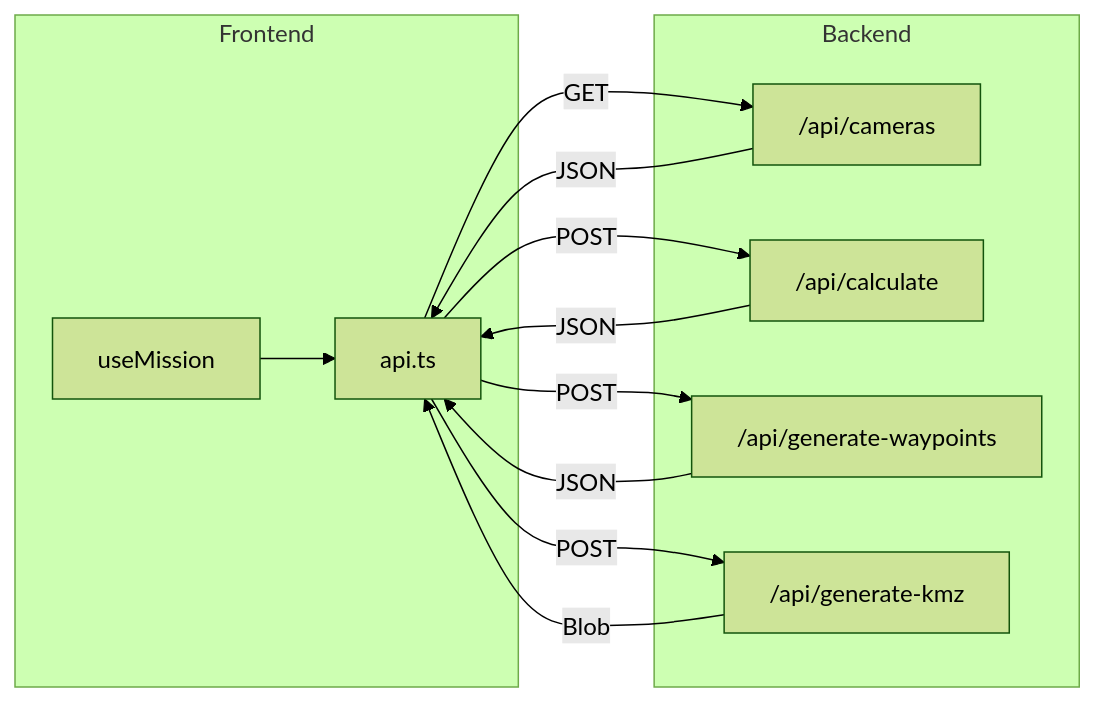
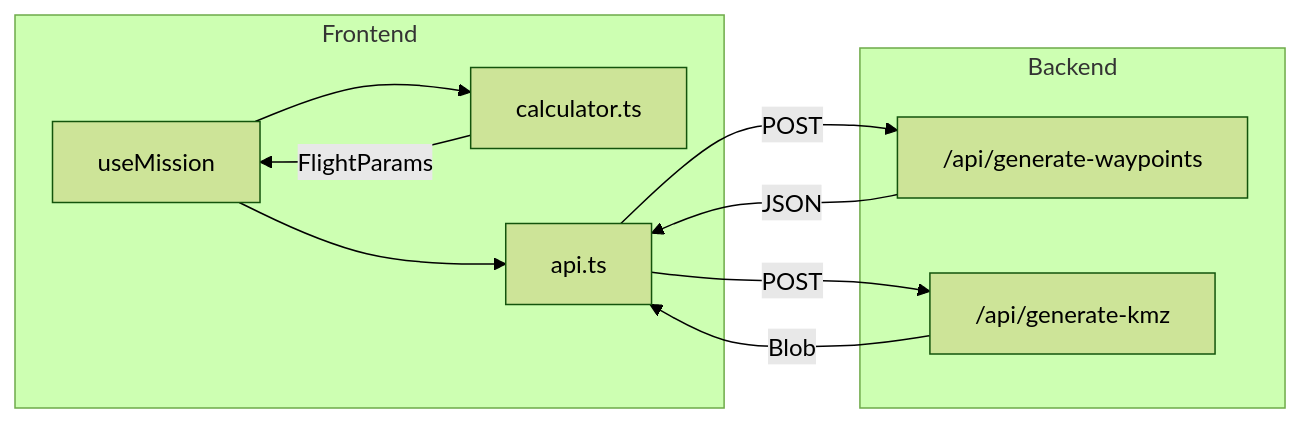
Diagram 16 of 20 in geoflight/README.md (geoai-latam/WaypointsDJI), drawn with Mermaid (forest theme) before and after one commit. The commit also changed other lines of this file and 2 other files, not shown here.

````diff
--- a/geoflight/README.md
+++ b/geoflight/README.md
@@ -799,25 +818,22 @@
 ```mermaid
 flowchart LR
     subgraph Frontend
         HOOK[useMission]
+        CALC[calculator.ts]
         API[api.ts]
     end
 
     subgraph Backend
-        EP1["/api/cameras"]
-        EP2["/api/calculate"]
         EP3["/api/generate-waypoints"]
         EP4["/api/generate-kmz"]
     end
 
+    HOOK --> CALC
+    CALC -->|FlightParams| HOOK
     HOOK --> API
-    API -->|GET| EP1
-    API -->|POST| EP2
     API -->|POST| EP3
     API -->|POST| EP4
 
-    EP1 -->|JSON| API
-    EP2 -->|JSON| API
     EP3 -->|JSON| API
     EP4 -->|Blob| API
 ```
````
